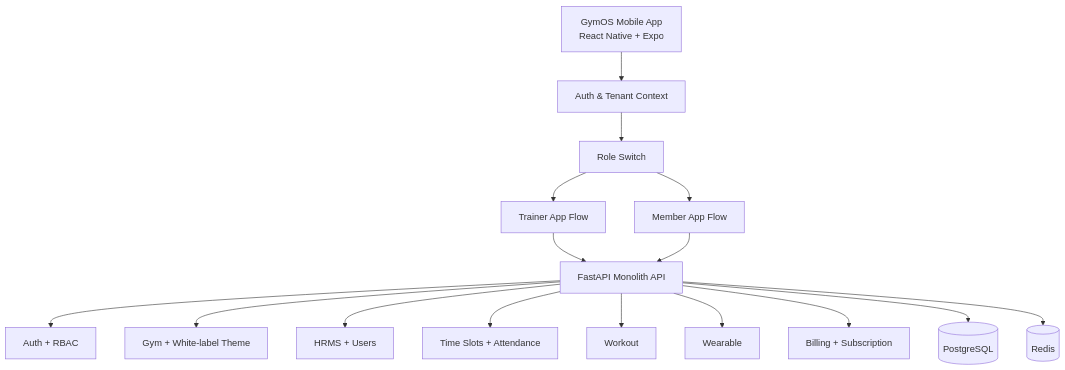
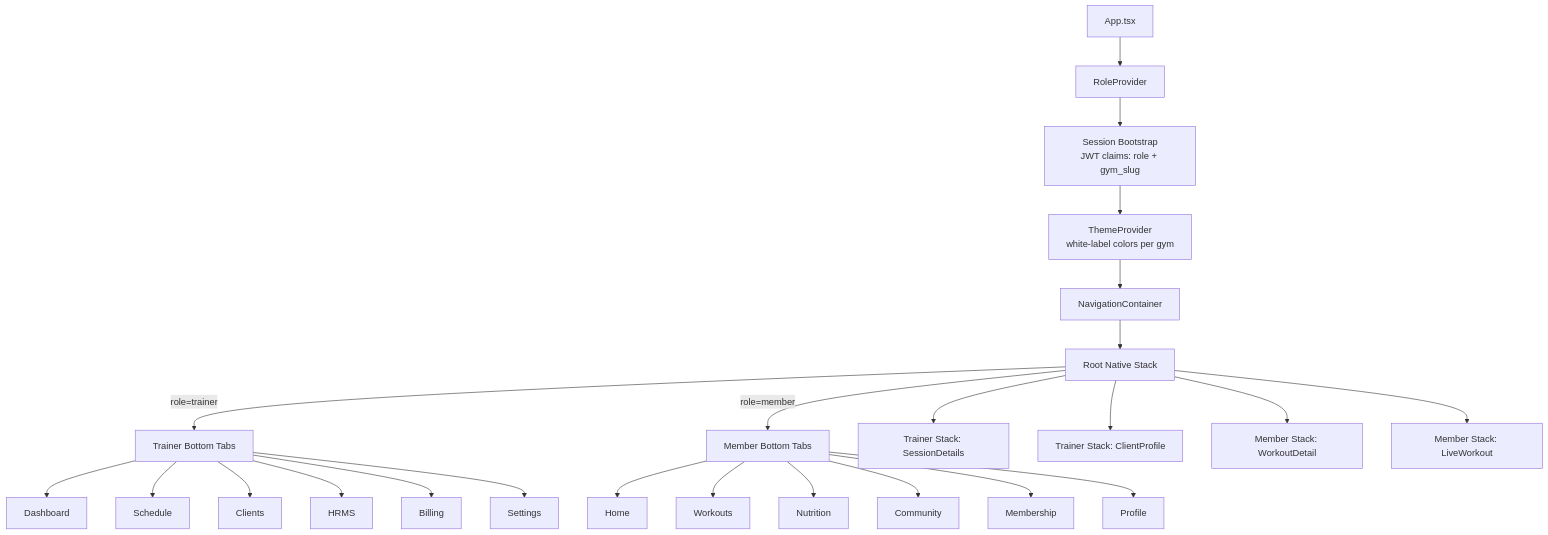
One commit to atharshah1/gimios changed the first of 4 diagrams in frontend/mobile-app/SCREEN_FLOW.md. Above: the diagram before and after it, drawn with Mermaid. The commit also changed other lines of this file and 30 other files, not shown here.

Commit message:
Refactor mobile app into navigation architecture with modular screens

````diff
--- a/frontend/mobile-app/SCREEN_FLOW.md
+++ b/frontend/mobile-app/SCREEN_FLOW.md
@@ -7,22 +7,31 @@
 ```mermaid
 flowchart TB
-    A[GymOS Mobile App\nReact Native + Expo] --> B[Auth & Tenant Context]
-    B --> C[Role Switch]
+    A[App.tsx] --> B[RoleProvider]
+    B --> C[Session Bootstrap\nJWT claims: role + gym_slug]
+    C --> D[ThemeProvider\nwhite-label colors per gym]
+    D --> E[NavigationContainer]
+    E --> F[Root Native Stack]
 
-    C --> T[Trainer App Flow]
-    C --> M[Member App Flow]
+    F -->|role=trainer| TABS1[Trainer Bottom Tabs]
+    F -->|role=member| TABS2[Member Bottom Tabs]
 
-    T --> API[FastAPI Monolith API]
-    M --> API
+    TABS1 --> TS1[Dashboard]
+    TABS1 --> TS2[Schedule]
+    TABS1 --> TS3[Clients]
+    TABS1 --> TS4[HRMS]
+    TABS1 --> TS5[Billing]
+    TABS1 --> TS6[Settings]
 
-    API --> MOD1[Auth + RBAC]
-    API --> MOD2[Gym + White-label Theme]
-    API --> MOD3[HRMS + Users]
-    API --> MOD4[Time Slots + Attendance]
-    API --> MOD5[Workout]
-    API --> MOD6[Wearable]
-    API --> MOD7[Billing + Subscription]
+    F --> TD1[Trainer Stack: SessionDetails]
+    F --> TD2[Trainer Stack: ClientProfile]
 
-    API --> DB[(PostgreSQL)]
-    API --> R[(Redis)]
+    TABS2 --> MS1[Home]
+    TABS2 --> MS2[Workouts]
+    TABS2 --> MS3[Nutrition]
+    TABS2 --> MS4[Community]
+    TABS2 --> MS5[Membership]
+    TABS2 --> MS6[Profile]
+
+    F --> MD1[Member Stack: WorkoutDetail]
+    F --> MD2[Member Stack: LiveWorkout]
 ```
````
